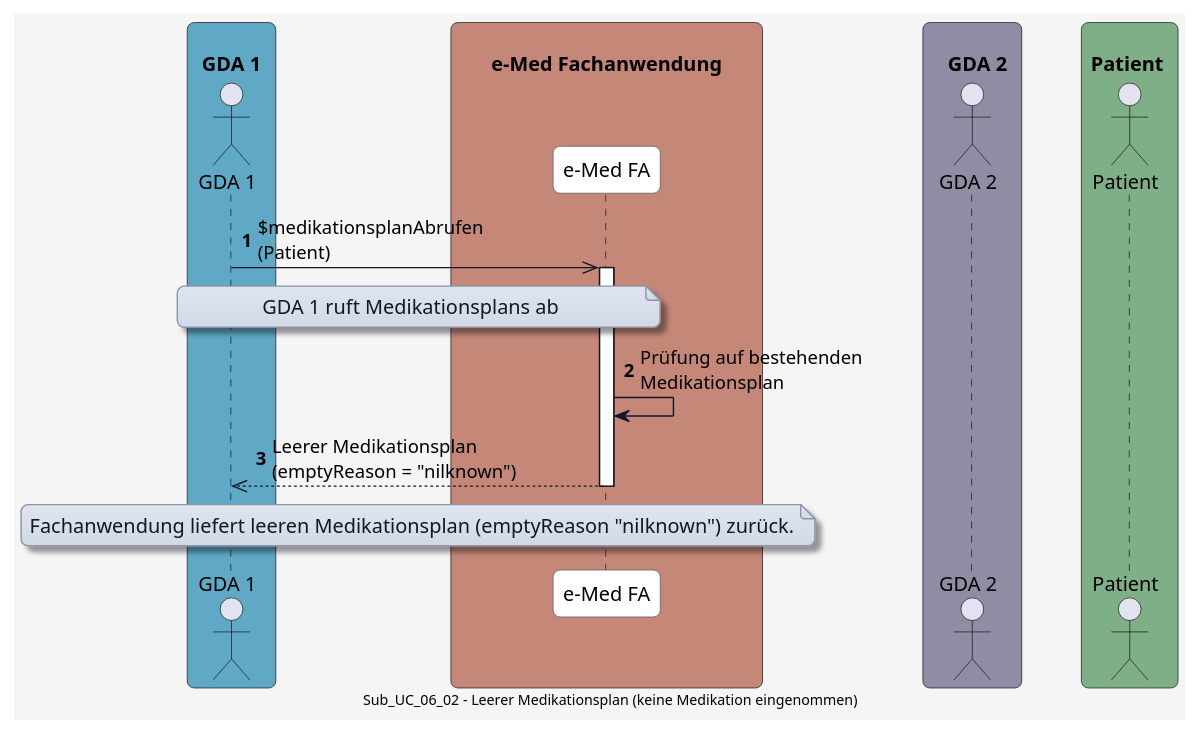
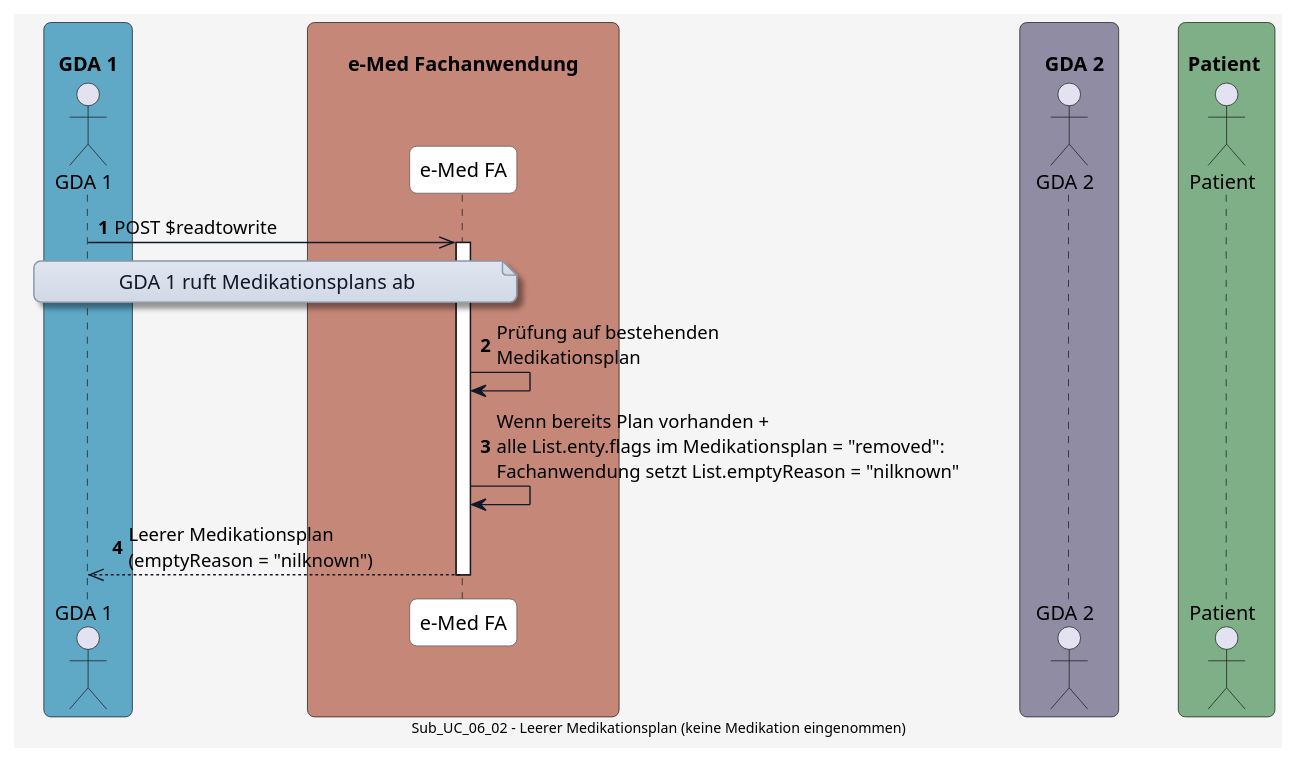
Before and after one commit to HL7Austria/ELGA-e-Medikation-R4: the diagram in input/images-source/UC_06_02.plantuml, drawn with PlantUML. The commit also changed 3 other files, not shown here.

Commit message:
Modify diagram

```diff
--- a/input/images-source/UC_06_02.plantuml
+++ b/input/images-source/UC_06_02.plantuml
@@ -1,79 +1,78 @@
 @startuml
 skinparam borderColor #000000
 skinparam backgroundColor #f5f5f5
 skinparam shadowing false
 skinparam roundCorner 10
 skinparam defaultFontName "Arial"
 skinparam defaultFontSize 14
 skinparam defaultFontColor #000000
 
 skinparam note {
   BackgroundColor #e0e5f0-#d1d9e6
   BorderColor #8b95a5
   BorderThickness 1
   RoundCorner 8
   Padding 6
   FontColor #111827
   Shadowing true
 }
 
 skinparam HyperlinkColor #0000EE
 skinparam HyperlinkUnderline false
 
 skinparam sequence {
   ParticipantBorderColor #555555
   ParticipantBackgroundColor #ffffff
   ParticipantFontColor #000000
   ParticipantFontSize 14
   ParticipantPadding 20
   ArrowColor #111827
   ArrowThickness 1
   ArrowFontColor #000000
   ArrowFontSize 13
   GroupBorderColor #111827
   GroupBackgroundColor #eef2ff
   GroupBorderThickness 2
 }
 
 skinparam BoxPadding 20
 skinparam BoxBorderColor #555555
 
 box "\n  GDA 1  " #5FA8C6
   actor GDA_1 as "GDA 1"
 end box
 
 box "\n       e-Med Fachanwendung       " #C48778
   participant eMed_FA as "e-Med FA"
 end box
 
 box "\n    GDA 2  " #8F8CA3
   actor GDA_2 as "GDA 2"
 end box
 
 box "\n Patient  " #7FAF87
   actor Patient as "Patient"
 end box
 
 
 autonumber
 
-GDA_1 ->> eMed_FA: $medikationsplanAbrufen\n(Patient)
+GDA_1 ->> eMed_FA: POST $readtowrite
 
 note over GDA_1, eMed_FA
 GDA 1 ruft Medikationsplans ab
 end note
 
 activate eMed_FA
 eMed_FA -> eMed_FA: Prüfung auf bestehenden\nMedikationsplan
 
+eMed_FA -> eMed_FA: Wenn bereits Plan vorhanden +\nalle List.enty.flags im Medikationsplan = "removed":\nFachanwendung setzt List.emptyReason = "nilknown"
+
 eMed_FA -->> GDA_1: Leerer Medikationsplan\n(emptyReason = "nilknown")
 
 deactivate eMed_FA
 
-note over GDA_1, eMed_FA
-Fachanwendung liefert leeren Medikationsplan (emptyReason "nilknown") zurück.
-end note
 
 center footer Sub_UC_06_02 - Leerer Medikationsplan (keine Medikation eingenommen)
 
 @enduml
```
